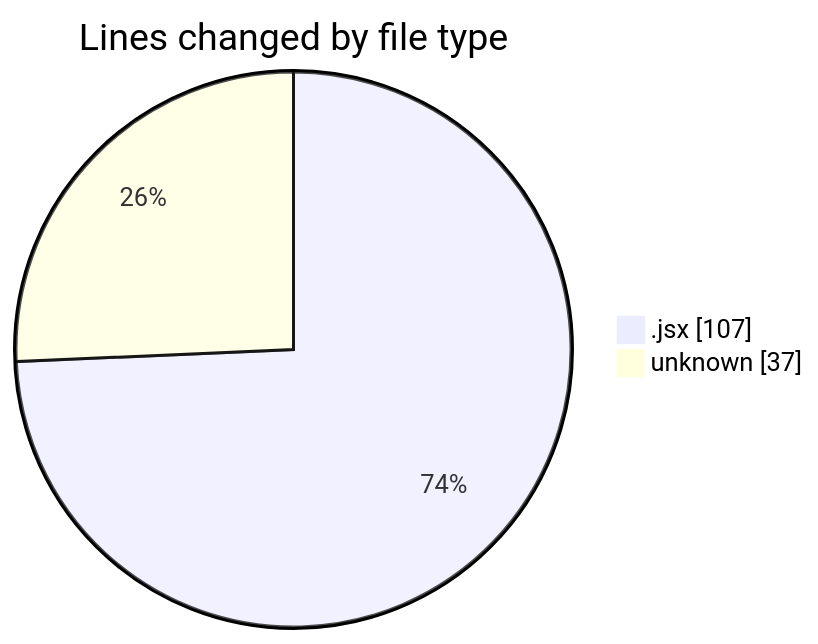
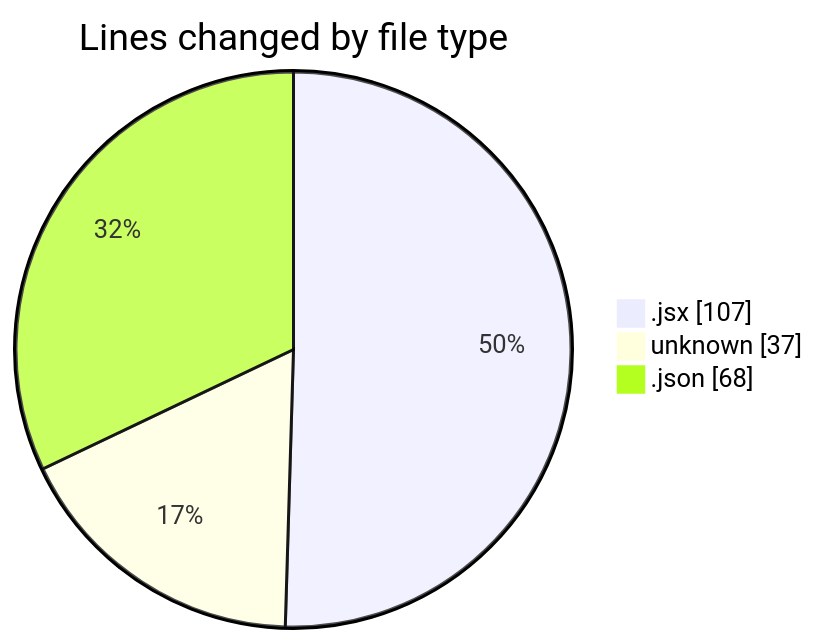
One commit to Elitesun/code-tracking changed the first of 2 diagrams in 2025-02-08/react_ecom/README.md. Above: the diagram before and after it, drawn with Mermaid. The commit also changed other lines of this file and 1 other file, not shown here.

````diff
--- a/2025-02-08/react_ecom/README.md
+++ b/2025-02-08/react_ecom/README.md
@@ -21,6 +22,7 @@
 ```mermaid
 pie showData
 title Lines changed by file type
 ".jsx" : 107
 "unknown" : 37
+".json" : 68
 ```
````
